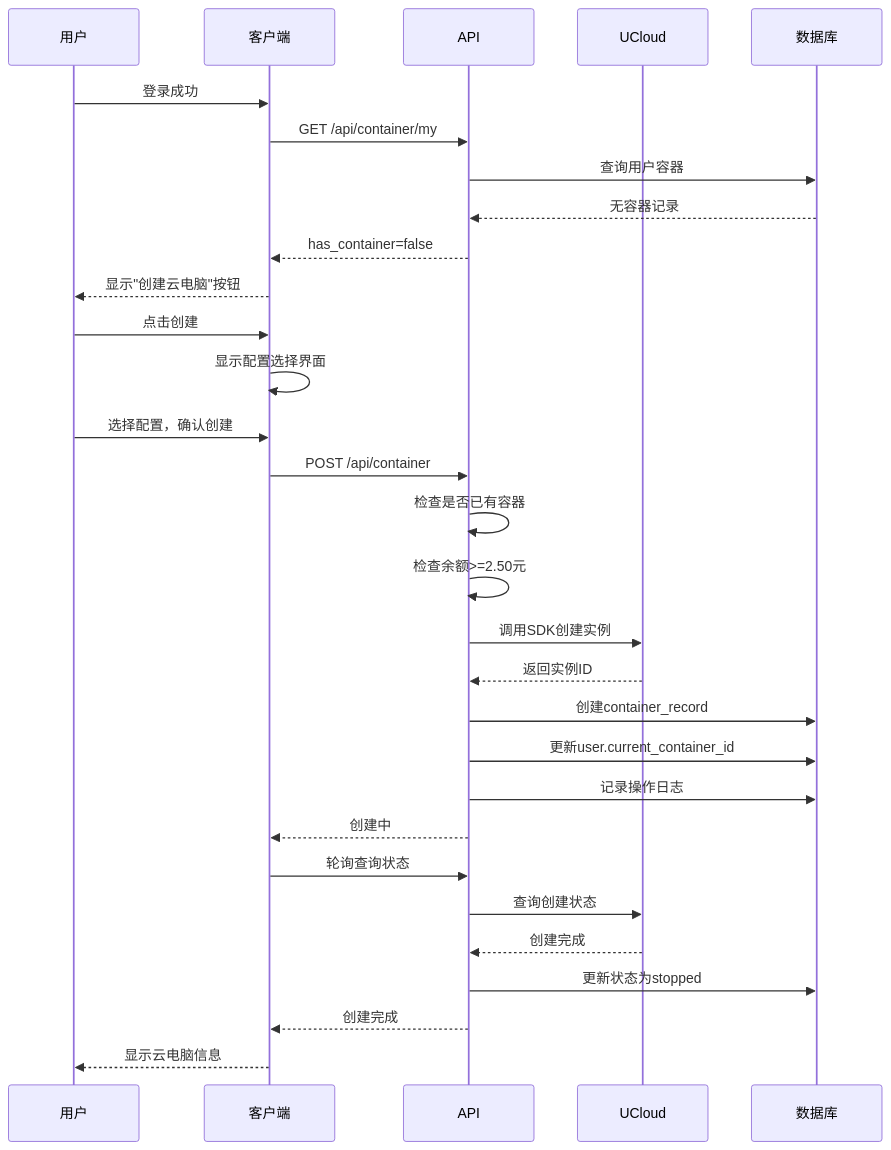
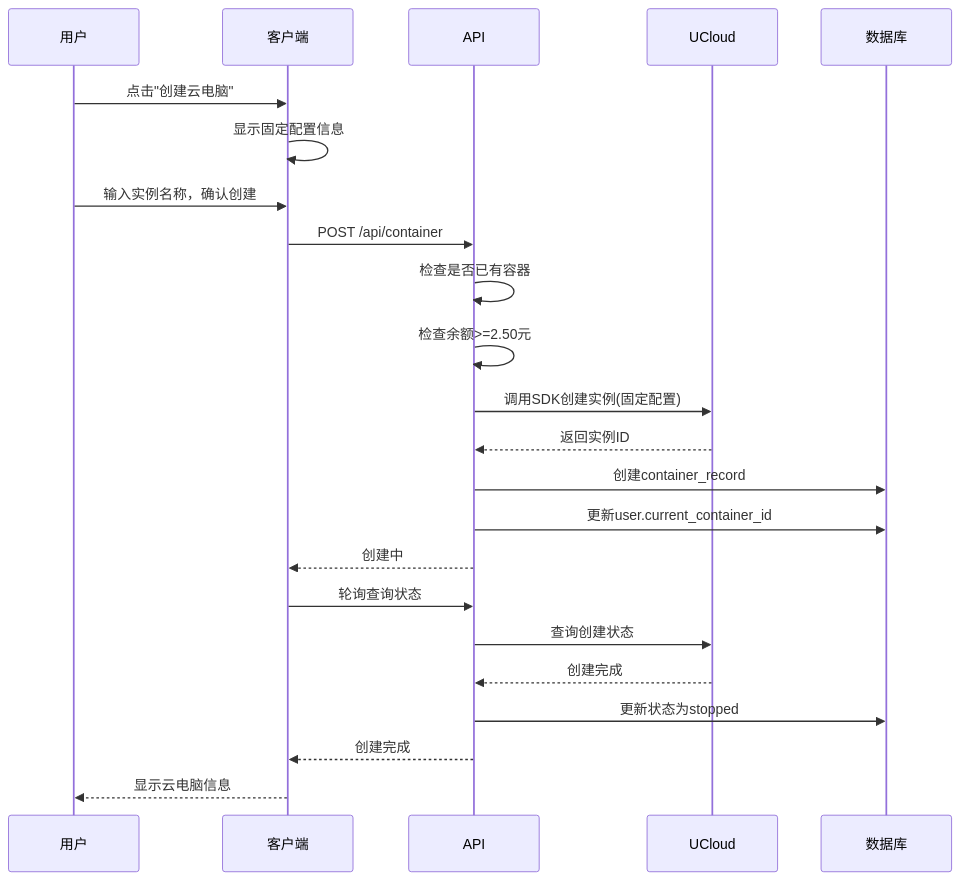
One commit to BIE5462/Ucloud_admin changed the first of 3 diagrams in 云电脑容器管理系统-设计文档.md. Above: the diagram before and after it, drawn with Mermaid. The commit also changed other lines of this file and 7 other files, not shown here.

````diff
--- a/云电脑容器管理系统-设计文档.md
+++ b/云电脑容器管理系统-设计文档.md
@@ -1054,35 +520,27 @@
 ```mermaid
 sequenceDiagram
     participant 用户
     participant 客户端
     participant API
     participant UCloud
     participant 数据库
     
-    用户->>客户端: 登录成功
-    客户端->>API: GET /api/container/my
-    API->>数据库: 查询用户容器
-    数据库-->>API: 无容器记录
-    API-->>客户端: has_container=false
-    客户端-->>用户: 显示"创建云电脑"按钮
-    
-    用户->>客户端: 点击创建
-    客户端->>客户端: 显示配置选择界面
-    用户->>客户端: 选择配置，确认创建
+    用户->>客户端: 点击"创建云电脑"
+    客户端->>客户端: 显示固定配置信息
+    用户->>客户端: 输入实例名称，确认创建
     客户端->>API: POST /api/container
     API->>API: 检查是否已有容器
     API->>API: 检查余额>=2.50元
-    API->>UCloud: 调用SDK创建实例
+    API->>UCloud: 调用SDK创建实例(固定配置)
     UCloud-->>API: 返回实例ID
     API->>数据库: 创建container_record
     API->>数据库: 更新user.current_container_id
-    API->>数据库: 记录操作日志
     API-->>客户端: 创建中
     
     客户端->>API: 轮询查询状态
     API->>UCloud: 查询创建状态
     UCloud-->>API: 创建完成
     API->>数据库: 更新状态为stopped
     API-->>客户端: 创建完成
     客户端-->>用户: 显示云电脑信息
 ```
````
